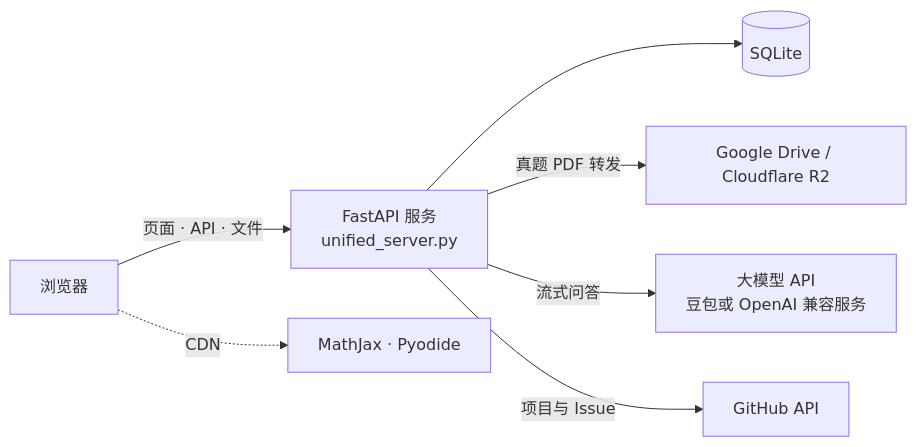
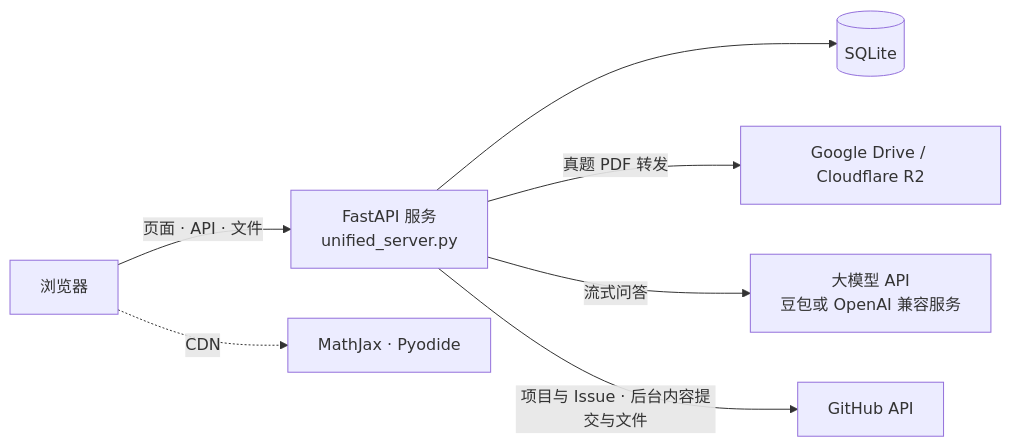
One commit to hanjiongmin-stack/chongyue-jianyuan changed the diagram in README.md. Above: the diagram before and after it, drawn with Mermaid. The commit also changed other lines of this file and 13 other files, not shown here.

````diff
--- a/README.md
+++ b/README.md
@@ -100,9 +101,9 @@
 ```mermaid
 flowchart LR
     B["浏览器"] -->|"页面 · API · 文件"| S["FastAPI 服务<br/>unified_server.py"]
     S --> D[("SQLite")]
     S -->|"真题 PDF 转发"| F["Google Drive / Cloudflare R2"]
     S -->|"流式问答"| L["大模型 API<br/>豆包或 OpenAI 兼容服务"]
-    S -->|"项目与 Issue"| G["GitHub API"]
+    S -->|"项目与 Issue · 后台内容提交与文件"| G["GitHub API"]
     B -.->|"CDN"| C["MathJax · Pyodide"]
 ```
````
